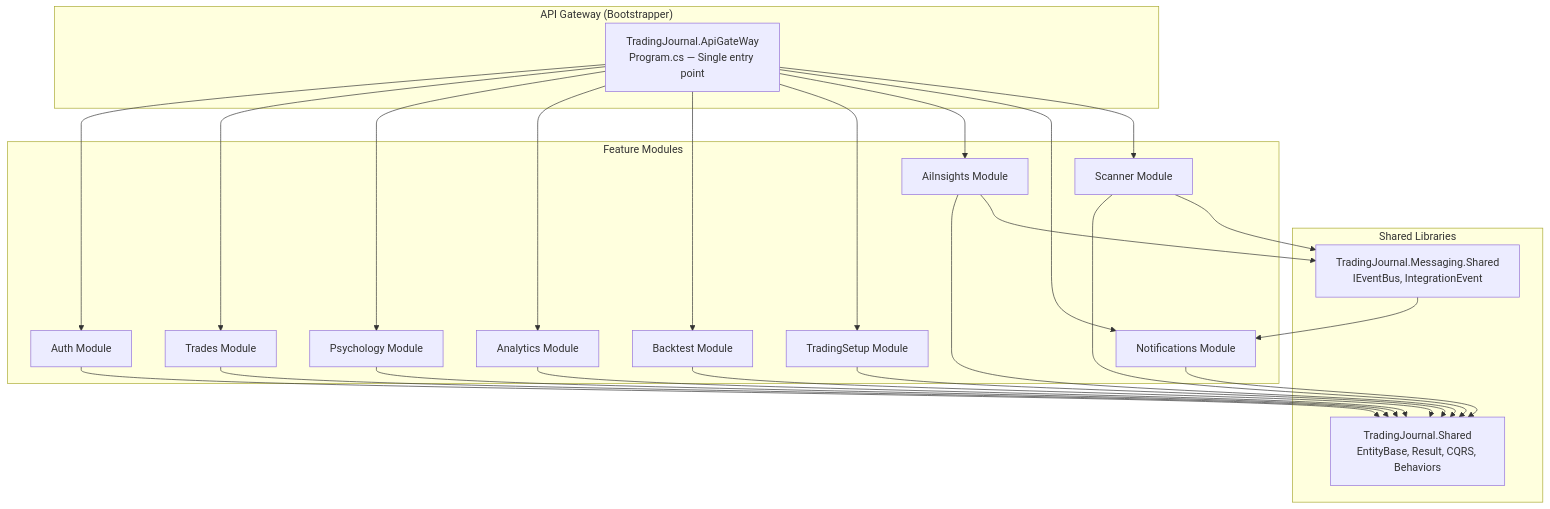
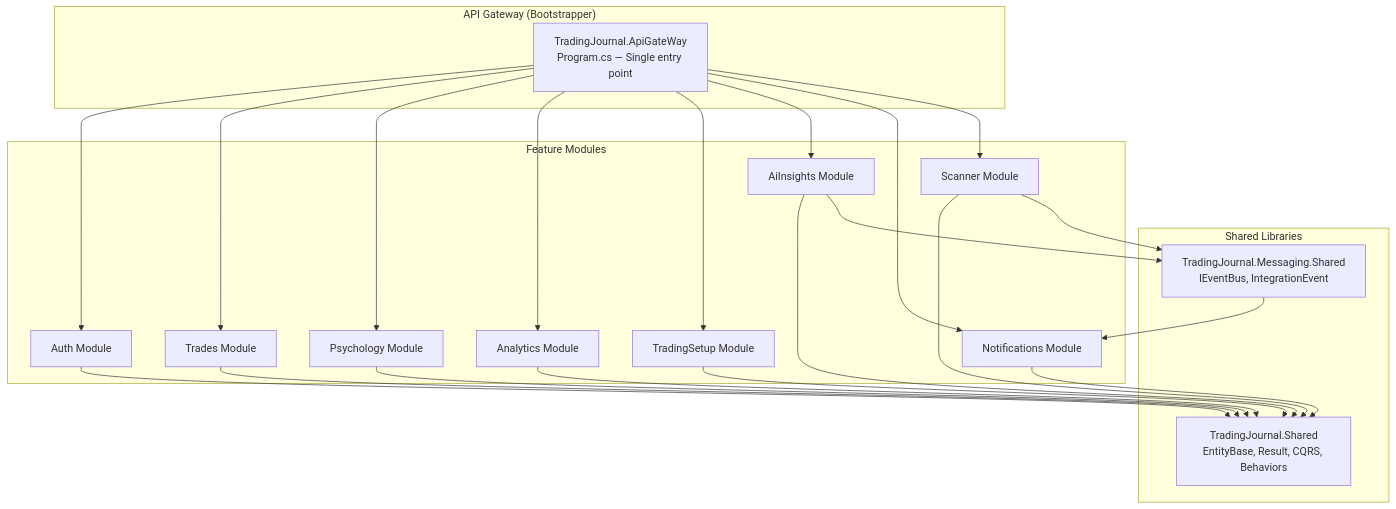
The first of 3 diagrams in docs/TECHNICAL_SPEC.md (quockhangluong1012/trading-journal-backend), drawn with Mermaid before and after one commit. The commit also changed other lines of this file and 89 other files, not shown here.

Commit message:
feat: implement modular notifications, establish API Gateway project, and document system architecture

````diff
--- a/docs/TECHNICAL_SPEC.md
+++ b/docs/TECHNICAL_SPEC.md
@@ -37,28 +37,27 @@
 ```mermaid
 graph TB
     subgraph "API Gateway (Bootstrapper)"
         GW["TradingJournal.ApiGateWay<br/>Program.cs — Single entry point"]
     end
 
     subgraph "Shared Libraries"
         SH["TradingJournal.Shared<br/>EntityBase, Result, CQRS, Behaviors"]
         MS["TradingJournal.Messaging.Shared<br/>IEventBus, IntegrationEvent"]
     end
 
     subgraph "Feature Modules"
         AUTH["Auth Module"]
         TRADE["Trades Module"]
         PSYCH["Psychology Module"]
         ANALYTICS["Analytics Module"]
-        BACKTEST["Backtest Module"]
         SETUP["TradingSetup Module"]
         AI["AiInsights Module"]
         NOTIF["Notifications Module"]
         SCAN["Scanner Module"]
     end
 
-    GW --> AUTH & TRADE & PSYCH & ANALYTICS & BACKTEST & SETUP & AI & NOTIF & SCAN
-    AUTH & TRADE & PSYCH & ANALYTICS & BACKTEST & SETUP & AI & NOTIF & SCAN --> SH
+    GW --> AUTH & TRADE & PSYCH & ANALYTICS & SETUP & AI & NOTIF & SCAN
+    AUTH & TRADE & PSYCH & ANALYTICS & SETUP & AI & NOTIF & SCAN --> SH
     SCAN & AI --> MS
     MS --> NOTIF
 ```
````
